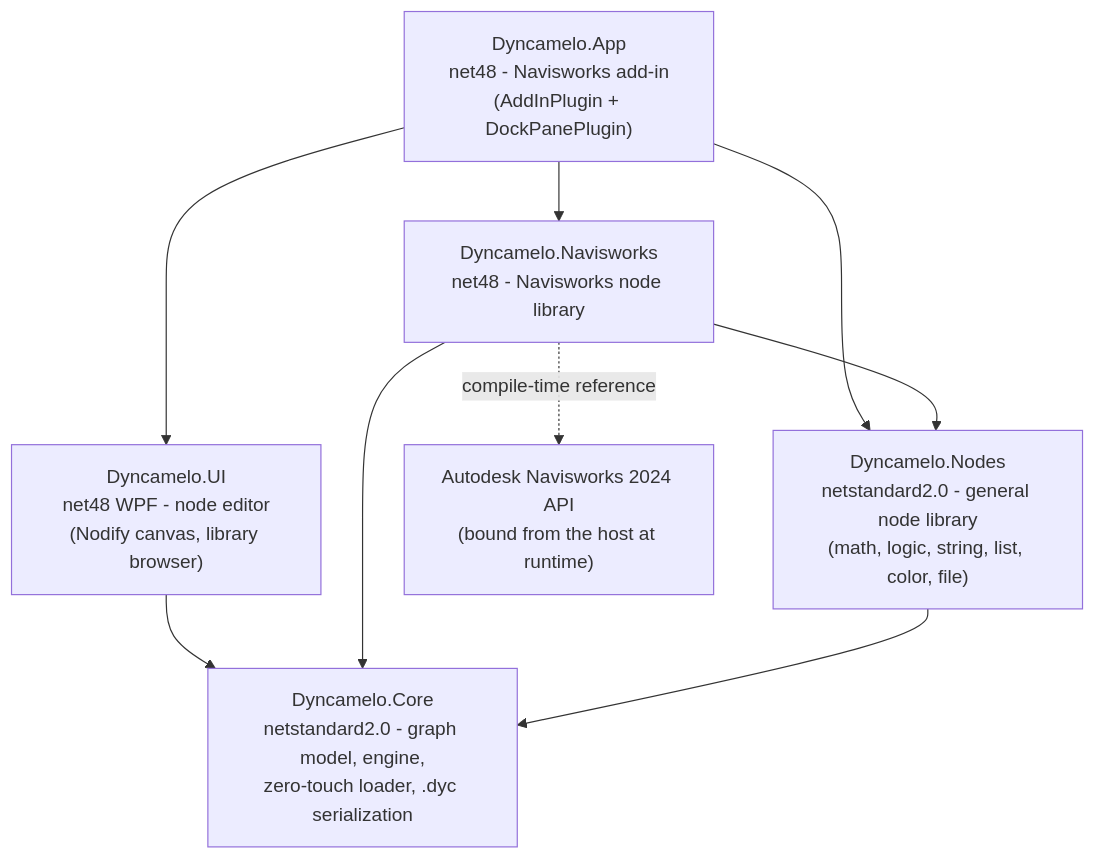
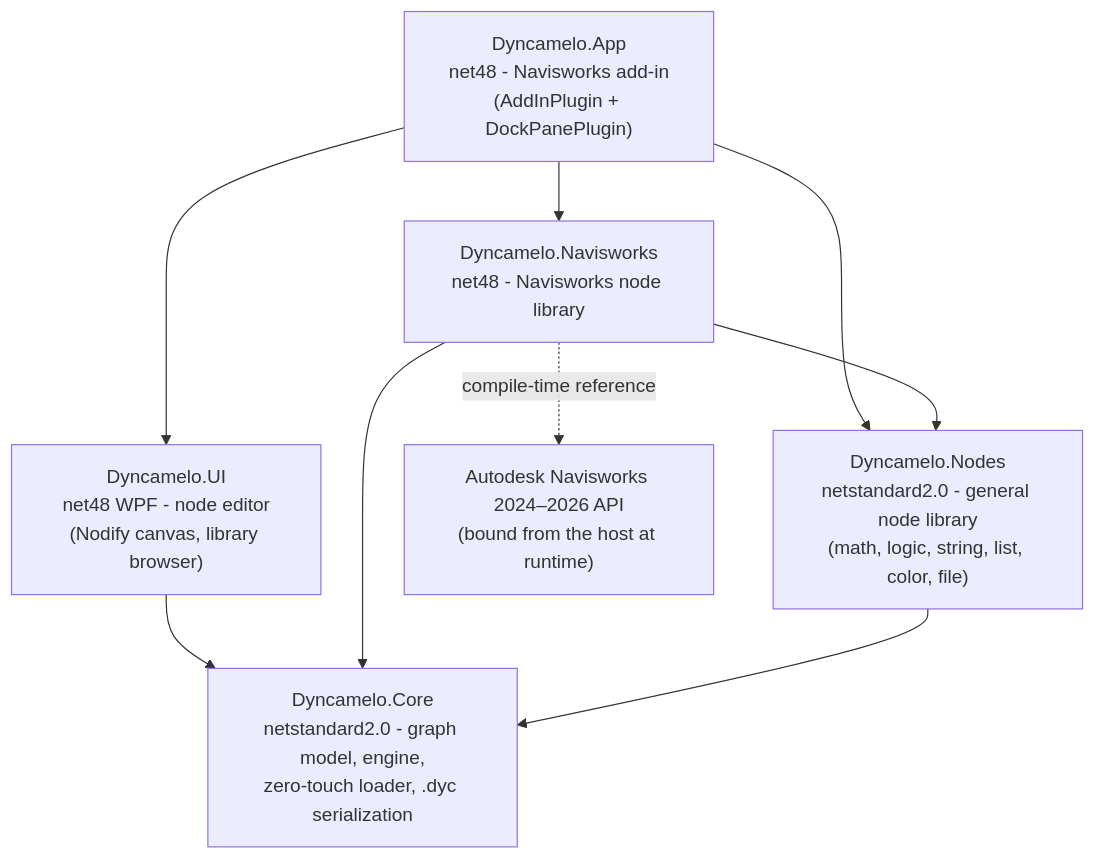
One commit to mrshoma99-rgb/Dyncamelo changed the diagram in README.md. Above: the diagram before and after it, drawn with Mermaid. The commit also changed other lines of this file and 7 other files, not shown here.

````diff
--- a/README.md
+++ b/README.md
@@ -50,19 +51,19 @@
 ```mermaid
 graph TD
     APP["Dyncamelo.App<br/>net48 - Navisworks add-in<br/>(AddInPlugin + DockPanePlugin)"]
     UI["Dyncamelo.UI<br/>net48 WPF - node editor<br/>(Nodify canvas, library browser)"]
     NAV["Dyncamelo.Navisworks<br/>net48 - Navisworks node library"]
     NODES["Dyncamelo.Nodes<br/>netstandard2.0 - general node library<br/>(math, logic, string, list, color, file)"]
     CORE["Dyncamelo.Core<br/>netstandard2.0 - graph model, engine,<br/>zero-touch loader, .dyc serialization"]
 
     APP --> UI
     APP --> NAV
     APP --> NODES
     UI --> CORE
     NAV --> CORE
     NAV --> NODES
     NODES --> CORE
 
-    NWAPI["Autodesk Navisworks 2024 API<br/>(bound from the host at runtime)"]
+    NWAPI["Autodesk Navisworks 2024–2026 API<br/>(bound from the host at runtime)"]
     NAV -.compile-time reference.-> NWAPI
 ```
````
